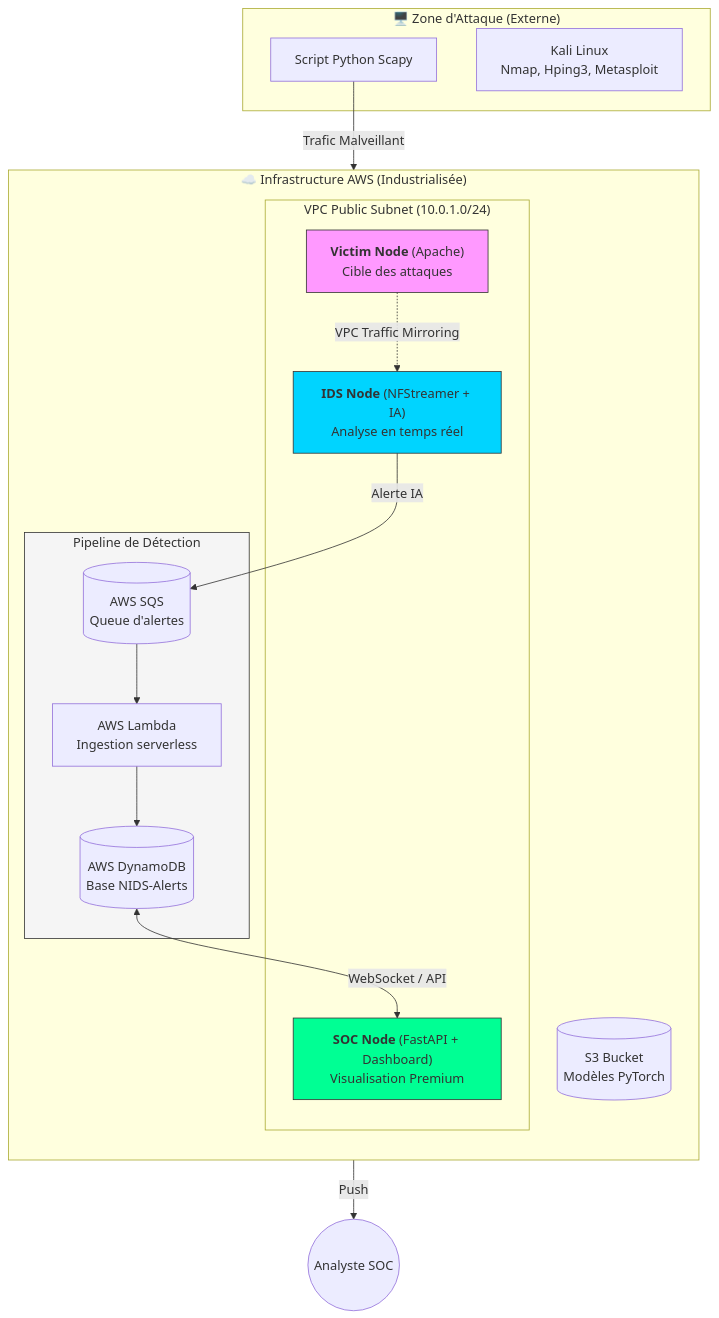
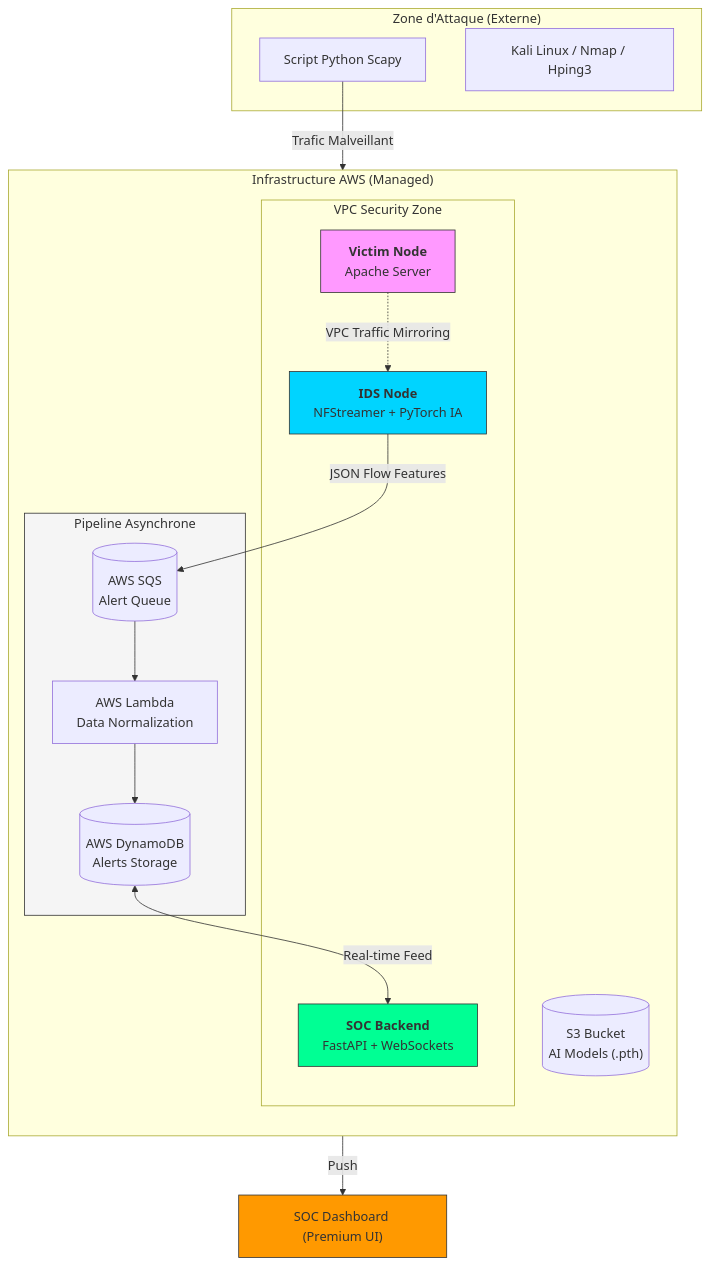
One commit to Math-ieu/PFE-NIDS-AI changed the diagram in README.md. Above: the diagram before and after it, drawn with Mermaid. The commit also changed other lines of this file, not shown here.

Commit message:
docs: translate project README to French and update infrastructure documentation

````diff
--- a/README.md
+++ b/README.md
@@ -62,42 +57,43 @@
 ```mermaid
 flowchart TB
-    subgraph ATTACK["🖥️ Zone d'Attaque (Externe)"]
+    subgraph ATTACK["Zone d'Attaque (Externe)"]
         ATK[Script Python Scapy]
-        KALI[Kali Linux <br/> Nmap, Hping3, Metasploit]
+        KALI[Kali Linux / Nmap / Hping3]
     end
 
-    subgraph AWS["☁️ Infrastructure AWS (Industrialisée)"]
+    subgraph AWS["Infrastructure AWS (Managed)"]
         direction TB
 
-        subgraph VPC["VPC Public Subnet (10.0.1.0/24)"]
-            VICTIM["<b>Victim Node</b> (Apache)<br/>Cible des attaques"]
-            IDS["<b>IDS Node</b> (NFStreamer + IA)<br/>Analyse en temps réel"]
-            SOC["<b>SOC Node</b> (FastAPI + Dashboard)<br/>Visualisation Premium"]
+        subgraph VPC["VPC Security Zone"]
+            VICTIM["<b>Victim Node</b><br/>Apache Server"]
+            IDS["<b>IDS Node</b><br/>NFStreamer + PyTorch IA"]
+            SOC_SRV["<b>SOC Backend</b><br/>FastAPI + WebSockets"]
         end
 
-        subgraph PIPELINE["Pipeline de Détection"]
-            SQS[("AWS SQS<br/>Queue d'alertes")]
-            LAMBDA["AWS Lambda<br/>Ingestion serverless"]
-            DYNAMO[("AWS DynamoDB<br/>Base NIDS-Alerts")]
+        subgraph PIPELINE["Pipeline Asynchrone"]
+            SQS[("AWS SQS<br/>Alert Queue")]
+            LAMBDA["AWS Lambda<br/>Data Normalization"]
+            DYNAMO[("AWS DynamoDB<br/>Alerts Storage")]
         end
 
-        S3[("S3 Bucket<br/>Modèles PyTorch")]
+        S3[("S3 Bucket<br/>AI Models (.pth)")]
     end
 
-    %% Flux Réseau
+    %% Network Flow
     ATK -->|Trafic Malveillant| VICTIM
     VICTIM -.->|VPC Traffic Mirroring| IDS
     
-    %% Flux Données
-    IDS -->|Alerte IA| SQS
+    %% Data Flow
+    IDS -->|JSON Flow Features| SQS
     SQS --> LAMBDA
     LAMBDA --> DYNAMO
-    DYNAMO <-->|WebSocket / API| SOC
-    SOC -->|Push| ANALYST((Analyste SOC))
+    DYNAMO <-->|Real-time Feed| SOC_SRV
+    SOC_SRV -->|Push| UI["SOC Dashboard (Premium UI)"]
 
     %% Styles
     style VICTIM fill:#f9f,stroke:#333
     style IDS fill:#00d4ff,stroke:#333
-    style SOC fill:#00ff94,stroke:#333
+    style SOC_SRV fill:#00ff94,stroke:#333
     style PIPELINE fill:#f5f5f5,stroke:#333
+    style UI fill:#ff9900,stroke:#333
 ```
````
